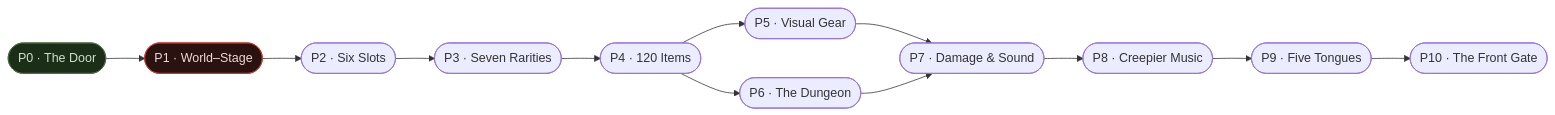
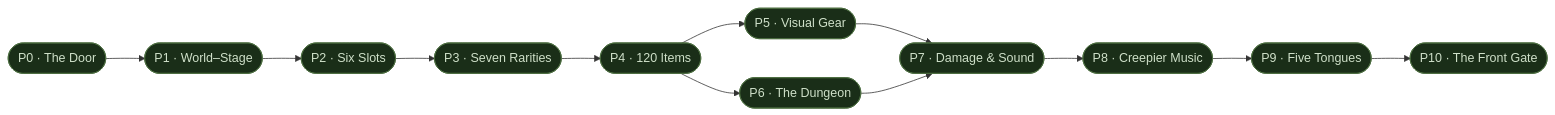
Before and after one commit to SenseiIssei/HYAKKI: the second of 2 diagrams in README.md, drawn with Mermaid. The commit also changed other lines of this file, not shown here.

````diff
--- a/README.md
+++ b/README.md
@@ -108,16 +110,15 @@
 ```mermaid
 flowchart LR
-    P0([P0 · The Door]):::done --> P1([P1 · World–Stage]):::next
-    P1 --> P2([P2 · Six Slots])
-    P2 --> P3([P3 · Seven Rarities])
-    P3 --> P4([P4 · 120 Items])
-    P4 --> P5([P5 · Visual Gear])
-    P4 --> P6([P6 · The Dungeon])
-    P5 --> P7([P7 · Damage & Sound])
+    P0([P0 · The Door]):::done --> P1([P1 · World–Stage]):::done
+    P1 --> P2([P2 · Six Slots]):::done
+    P2 --> P3([P3 · Seven Rarities]):::done
+    P3 --> P4([P4 · 120 Items]):::done
+    P4 --> P5([P5 · Visual Gear]):::done
+    P4 --> P6([P6 · The Dungeon]):::done
+    P5 --> P7([P7 · Damage & Sound]):::done
     P6 --> P7
-    P7 --> P8([P8 · Creepier Music])
-    P8 --> P9([P9 · Five Tongues])
-    P9 --> P10([P10 · The Front Gate])
+    P7 --> P8([P8 · Creepier Music]):::done
+    P8 --> P9([P9 · Five Tongues]):::done
+    P9 --> P10([P10 · The Front Gate]):::done
     classDef done fill:#1a2e18,stroke:#4a6b3f,color:#cfe0c9;
-    classDef next fill:#2a1210,stroke:#c1372b,color:#f0d8d4;
 ```
````
